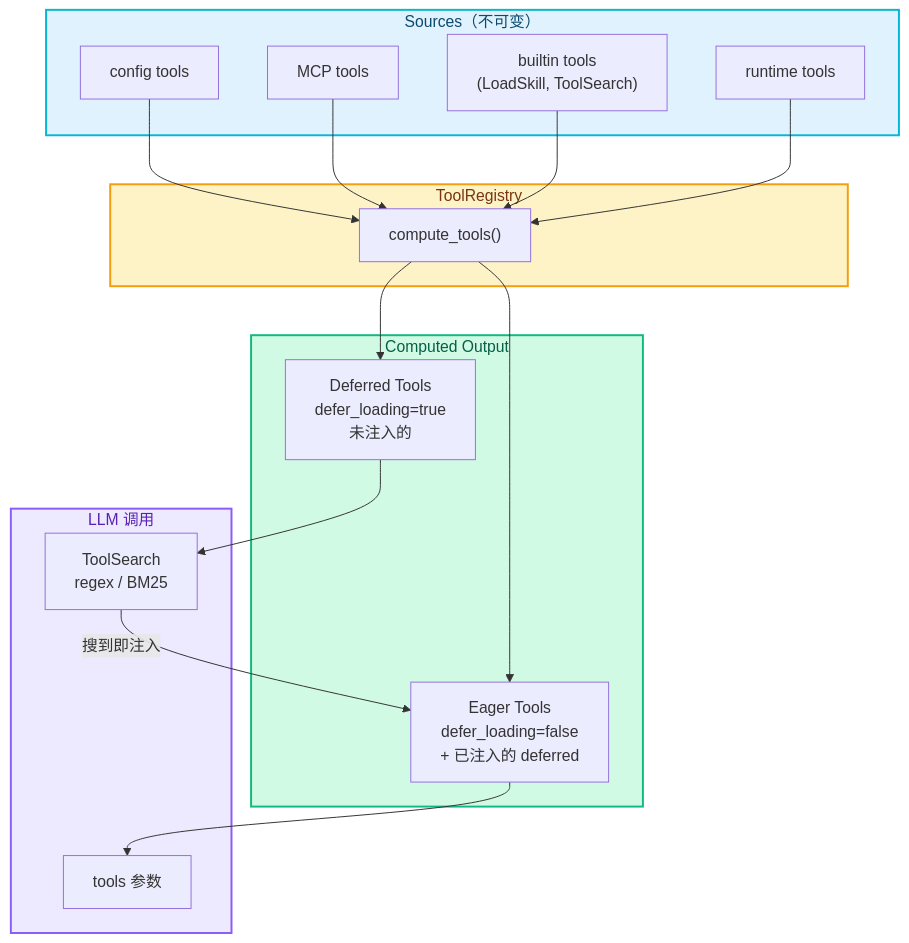
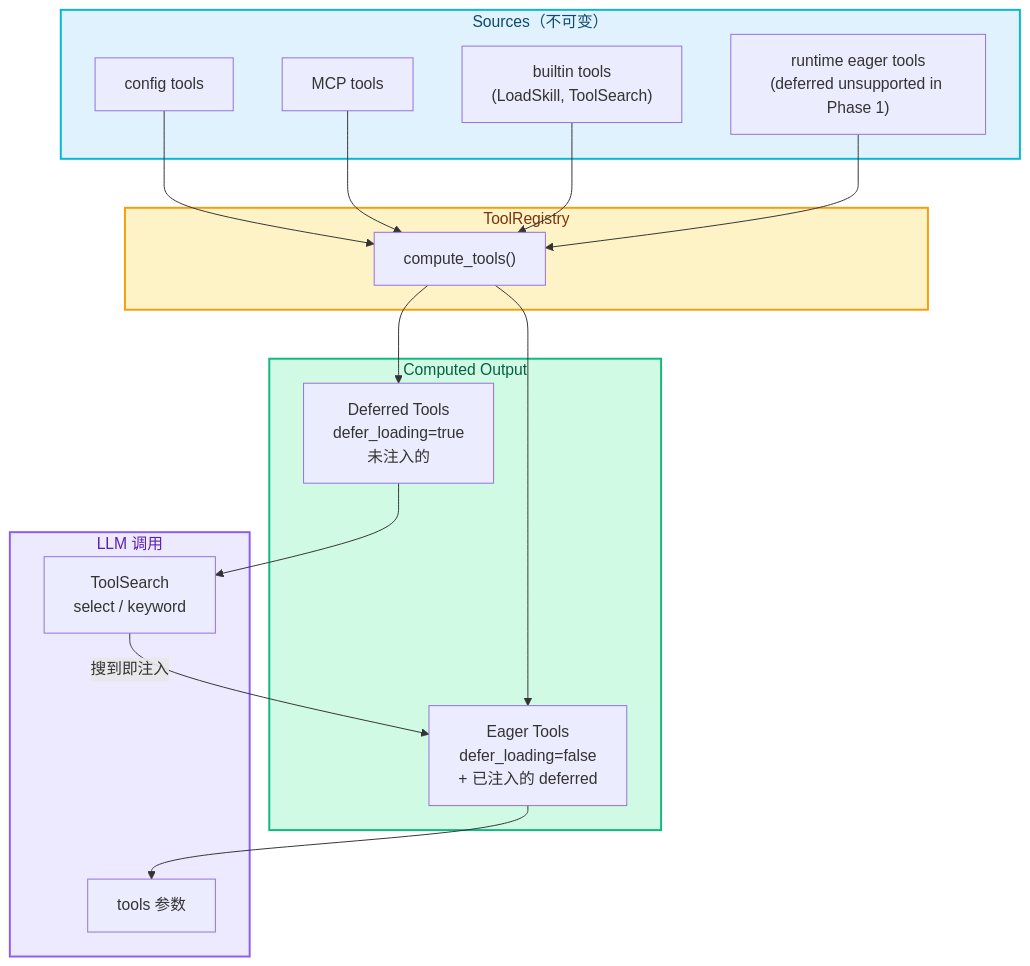
Before and after one commit to nex-agi/NexAU: the first of 3 diagrams in rfcs/0005-tool-search.md, drawn with Mermaid. The commit also changed other lines of this file and 43 other files, not shown here.

First line of the commit message:
feat: implement Tool Search (RFC-0005) (#297)

````diff
--- a/rfcs/0005-tool-search.md
+++ b/rfcs/0005-tool-search.md
@@ -28,40 +28,40 @@
 ```mermaid
 flowchart TB
     subgraph sources["Sources（不可变）"]
         config["config tools"]
         mcp["MCP tools"]
         builtin["builtin tools<br/>(LoadSkill, ToolSearch)"]
-        runtime["runtime tools"]
+        runtime["runtime eager tools<br/>(deferred unsupported in Phase 1)"]
     end
 
     subgraph registry["ToolRegistry"]
         compute["compute_tools()"]
     end
 
     subgraph output["Computed Output"]
         eager["Eager Tools<br/>defer_loading=false<br/>+ 已注入的 deferred"]
         deferred["Deferred Tools<br/>defer_loading=true<br/>未注入的"]
     end
 
     subgraph llm["LLM 调用"]
         tools_param["tools 参数"]
-        search["ToolSearch<br/>regex / BM25"]
+        search["ToolSearch<br/>select / keyword"]
     end
 
     config --> compute
     mcp --> compute
     builtin --> compute
     runtime --> compute
 
     compute --> eager
     compute --> deferred
 
     eager --> tools_param
     deferred --> search
     search -- "搜到即注入" --> eager
 
     style sources fill:#E0F2FE,stroke:#06B6D4,stroke-width:2px,color:#0C4A6E
     style registry fill:#FEF3C7,stroke:#F59E0B,stroke-width:2px,color:#78350F
     style output fill:#D1FAE5,stroke:#10B981,stroke-width:2px,color:#065F46
     style llm fill:#EDE9FE,stroke:#8B5CF6,stroke-width:2px,color:#5B21B6
 ```
````
